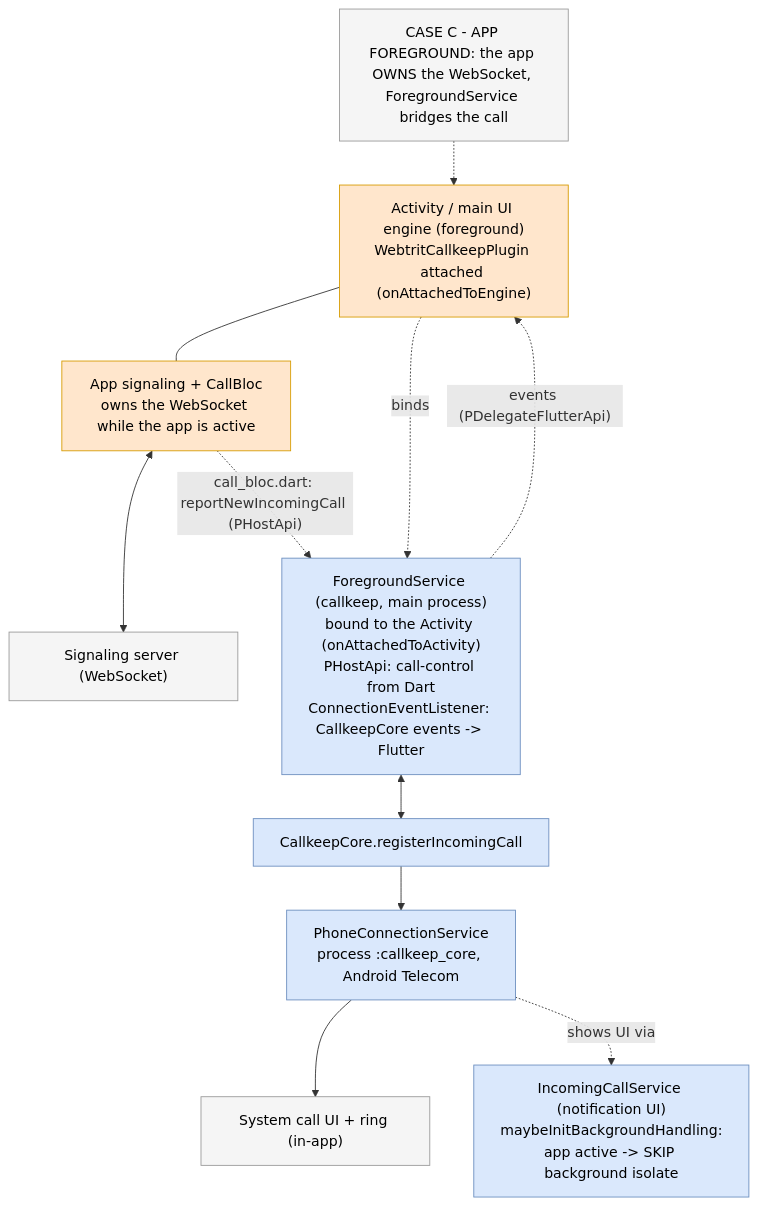
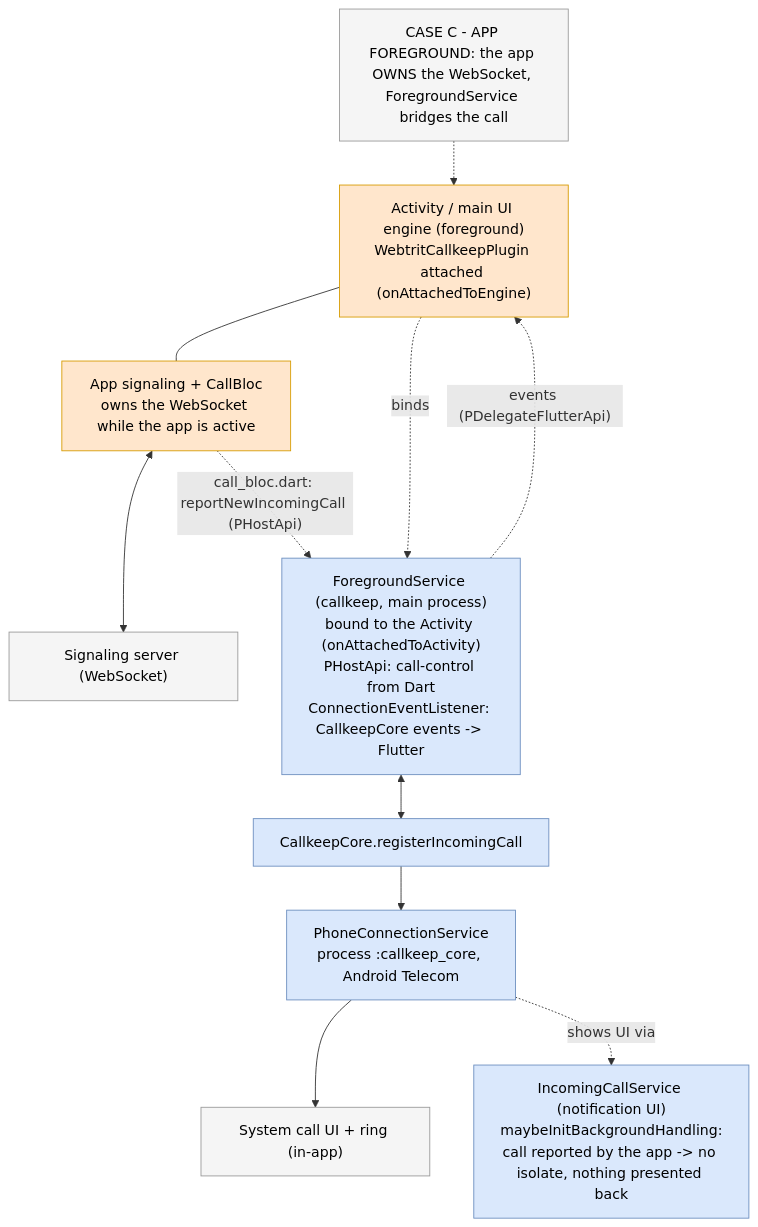
One commit to portaone/porta-phone-mobile-app changed the fourth of 6 diagrams in phone/docs/incoming_call_scenarios.md. Above: the diagram before and after it, drawn with Mermaid. The commit also changed other lines of this file and 25 other files, not shown here.

````diff
--- a/phone/docs/incoming_call_scenarios.md
+++ b/phone/docs/incoming_call_scenarios.md
@@ -174,26 +179,26 @@
 ```mermaid
 flowchart TB
   classDef ck fill:#dae8fc,stroke:#6c8ebf,color:#000
   classDef app fill:#ffe6cc,stroke:#d79b00,color:#000
   classDef ext fill:#f5f5f5,stroke:#999999,color:#000
 
   TITLE["CASE C - APP FOREGROUND: the app OWNS the WebSocket, ForegroundService bridges the call"]:::ext
   ACT["Activity / main UI engine (foreground)<br/>WebtritCallkeepPlugin attached (onAttachedToEngine)"]:::app
   SMOD["App signaling + CallBloc<br/>owns the WebSocket while the app is active"]:::app
   WS["Signaling server (WebSocket)"]:::ext
   FGSVC["ForegroundService (callkeep, main process)<br/>bound to the Activity (onAttachedToActivity)<br/>PHostApi: call-control from Dart<br/>ConnectionEventListener: CallkeepCore events -> Flutter"]:::ck
   CKC["CallkeepCore.registerIncomingCall"]:::ck
   PCS["PhoneConnectionService<br/>process :callkeep_core, Android Telecom"]:::ck
-  ICS["IncomingCallService (notification UI)<br/>maybeInitBackgroundHandling:<br/>app active -> SKIP background isolate"]:::ck
+  ICS["IncomingCallService (notification UI)<br/>maybeInitBackgroundHandling:<br/>call reported by the app -> no isolate, nothing presented back"]:::ck
   TEL["System call UI + ring (in-app)"]:::ext
 
   TITLE -.-> ACT
   ACT --- SMOD
   SMOD <--> WS
   ACT -. "binds" .-> FGSVC
   SMOD -. "call_bloc.dart: reportNewIncomingCall (PHostApi)" .-> FGSVC
   FGSVC <--> CKC
   FGSVC -. "events (PDelegateFlutterApi)" .-> ACT
   CKC --> PCS --> TEL
   PCS -. "shows UI via" .-> ICS
 ```
````
